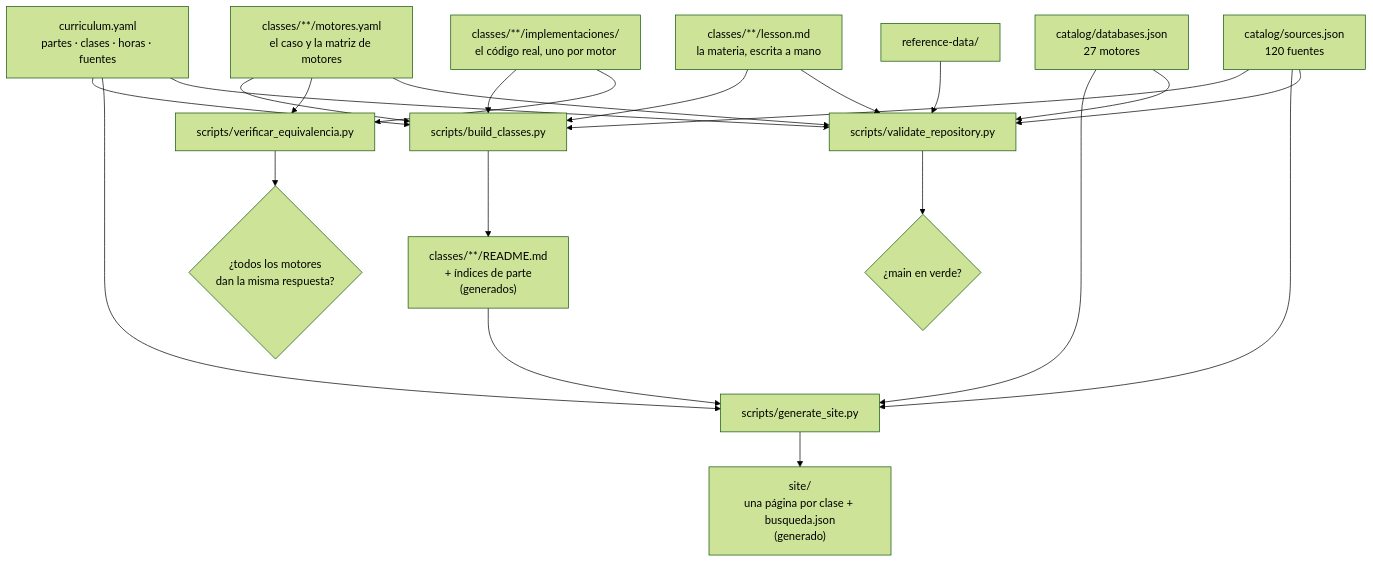
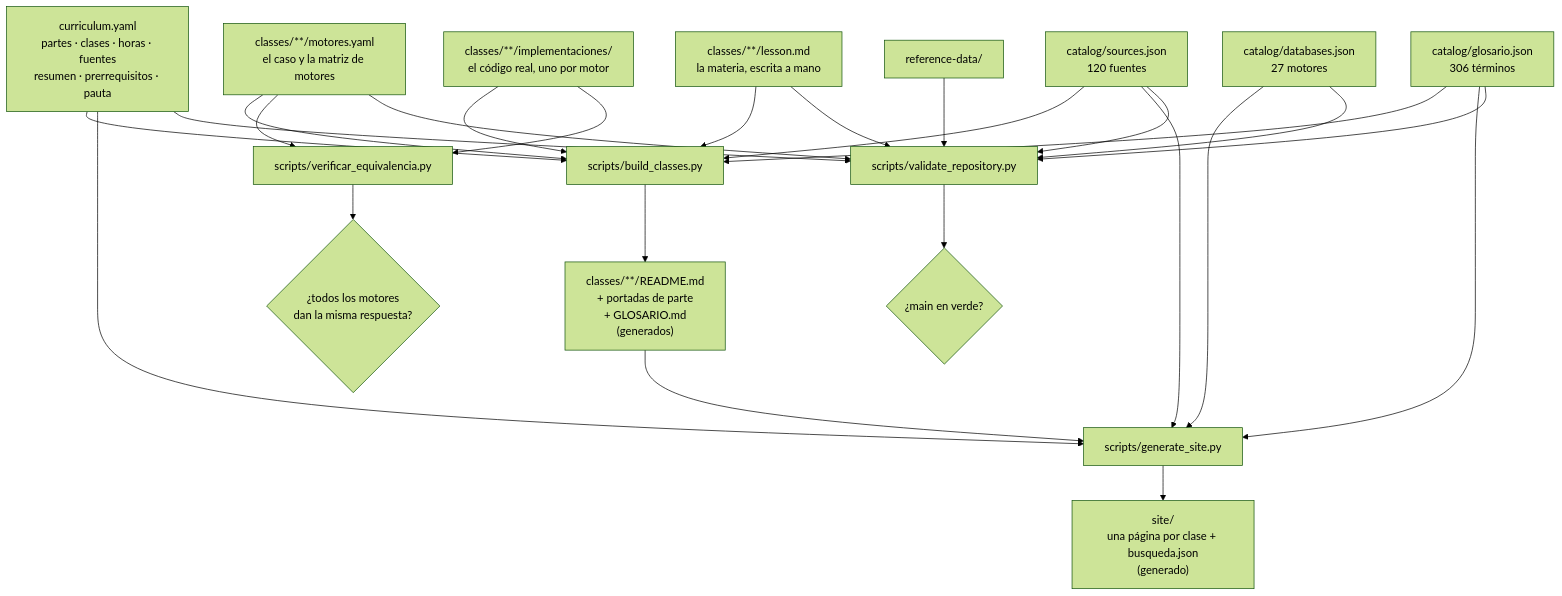
The diagram in docs/ARCHITECTURE.md (vladimiracunadev-create/database-systems-labs), drawn with Mermaid (forest theme) before and after one commit. The commit also changed other lines of this file and 236 other files, not shown here.

````diff
--- a/docs/ARCHITECTURE.md
+++ b/docs/ARCHITECTURE.md
@@ -10,27 +10,30 @@
 ```mermaid
 flowchart TD
-    CY["curriculum.yaml<br/>partes · clases · horas · fuentes"] --> BC["scripts/build_classes.py"]
+    CY["curriculum.yaml<br/>partes · clases · horas · fuentes<br/>resumen · prerrequisitos · pauta"] --> BC["scripts/build_classes.py"]
     LM["classes/**/lesson.md<br/>la materia, escrita a mano"] --> BC
     MY["classes/**/motores.yaml<br/>el caso y la matriz de motores"] --> BC
     IM["classes/**/implementaciones/<br/>el código real, uno por motor"] --> BC
     SJ["catalog/sources.json<br/>120 fuentes"] --> BC
-    BC --> CR["classes/**/README.md<br/>+ índices de parte<br/>(generados)"]
+    GJ["catalog/glosario.json<br/>306 términos"] --> BC
+    BC --> CR["classes/**/README.md<br/>+ portadas de parte<br/>+ GLOSARIO.md<br/>(generados)"]
 
     MY --> VE["scripts/verificar_equivalencia.py"]
     IM --> VE
     VE --> MO{"¿todos los motores<br/>dan la misma respuesta?"}
 
     CY --> GS["scripts/generate_site.py"]
     CR --> GS
     SJ --> GS
+    GJ --> GS
     DJ["catalog/databases.json<br/>27 motores"] --> GS
     GS --> ST["site/<br/>una página por clase + busqueda.json<br/>(generado)"]
 
     CY --> VR["scripts/validate_repository.py"]
     SJ --> VR
+    GJ --> VR
     DJ --> VR
     LM --> VR
     MY --> VR
     RD["reference-data/"] --> VR
     VR --> OK{"¿main en verde?"}
 ```
````
